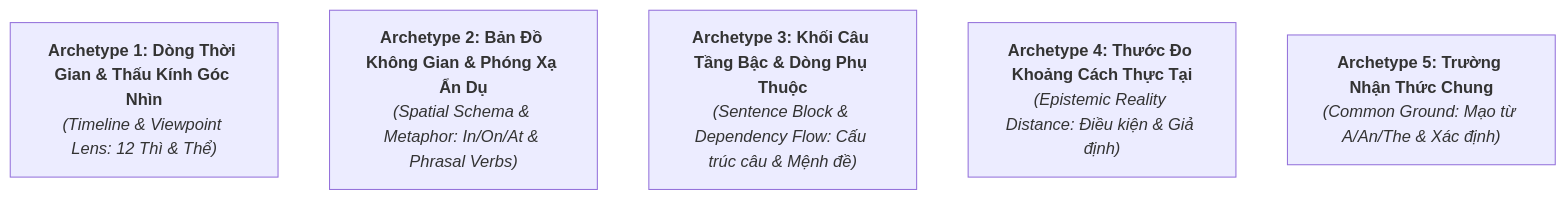
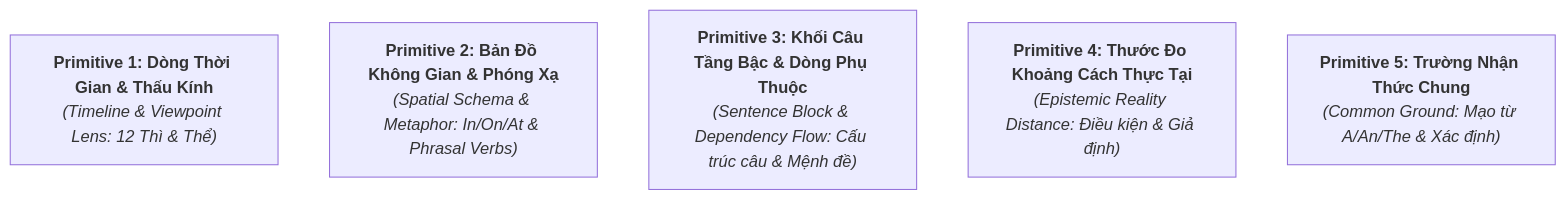
One commit to PhcdY/remotion_claudecode changed the second of 2 diagrams in .gemini/mon/anh.md. Above: the diagram before and after it, drawn with Mermaid. The commit also changed other lines of this file and 1 other file, not shown here.

Commit message:
docs(anh): bo sung quy trinh bespoke metaphor ideation chong rap khuon 5 archetypes

````diff
--- a/.gemini/mon/anh.md
+++ b/.gemini/mon/anh.md
@@ -69,8 +88,8 @@
 ```mermaid
 graph TD
-    A1["<b>Archetype 1: Dòng Thời Gian & Thấu Kính Góc Nhìn</b><br/><i>(Timeline & Viewpoint Lens: 12 Thì & Thể)</i>"]
-    A2["<b>Archetype 2: Bản Đồ Không Gian & Phóng Xạ Ẩn Dụ</b><br/><i>(Spatial Schema & Metaphor: In/On/At & Phrasal Verbs)</i>"]
-    A3["<b>Archetype 3: Khối Câu Tầng Bậc & Dòng Phụ Thuộc</b><br/><i>(Sentence Block & Dependency Flow: Cấu trúc câu & Mệnh đề)</i>"]
-    A4["<b>Archetype 4: Thước Đo Khoảng Cách Thực Tại</b><br/><i>(Epistemic Reality Distance: Điều kiện & Giả định)</i>"]
-    A5["<b>Archetype 5: Trường Nhận Thức Chung</b><br/><i>(Common Ground: Mạo từ A/An/The & Xác định)</i>"]
+    A1["<b>Primitive 1: Dòng Thời Gian & Thấu Kính</b><br/><i>(Timeline & Viewpoint Lens: 12 Thì & Thể)</i>"]
+    A2["<b>Primitive 2: Bản Đồ Không Gian & Phóng Xạ</b><br/><i>(Spatial Schema & Metaphor: In/On/At & Phrasal Verbs)</i>"]
+    A3["<b>Primitive 3: Khối Câu Tầng Bậc & Dòng Phụ Thuộc</b><br/><i>(Sentence Block & Dependency Flow: Cấu trúc câu & Mệnh đề)</i>"]
+    A4["<b>Primitive 4: Thước Đo Khoảng Cách Thực Tại</b><br/><i>(Epistemic Reality Distance: Điều kiện & Giả định)</i>"]
+    A5["<b>Primitive 5: Trường Nhận Thức Chung</b><br/><i>(Common Ground: Mạo từ A/An/The & Xác định)</i>"]
 ```
````
